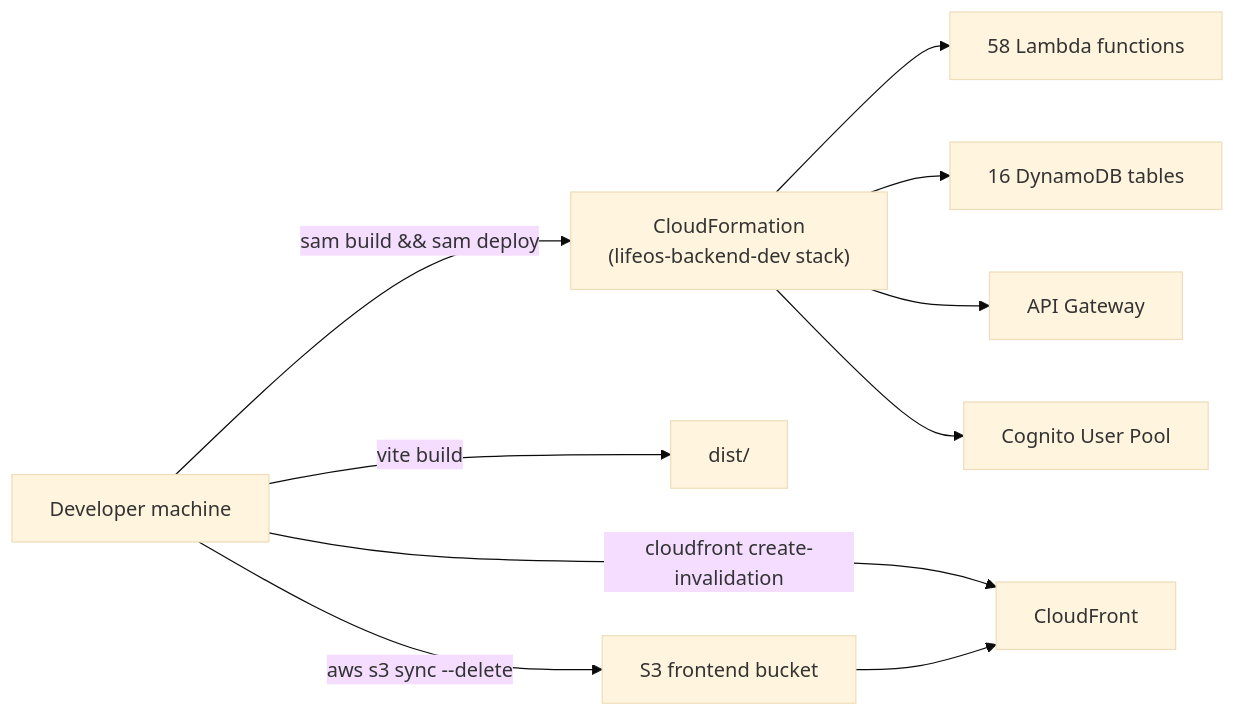
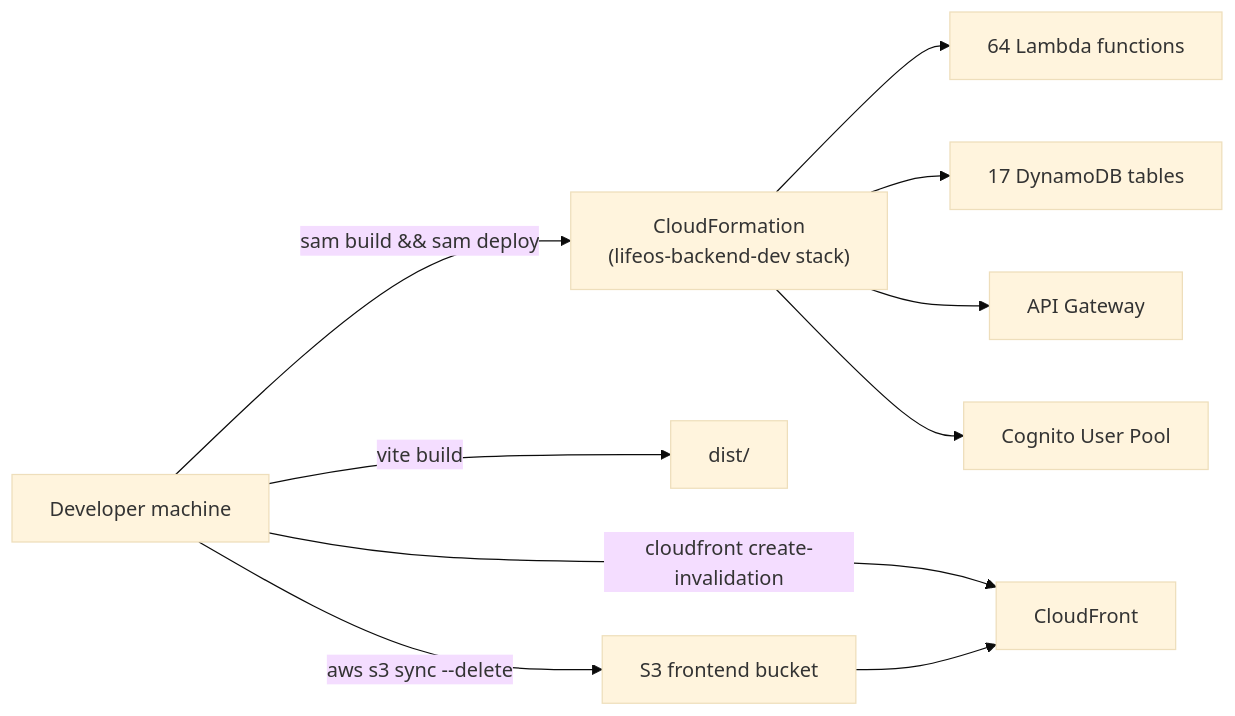
Before and after one commit to pragya0905/LifeOS: the third of 8 diagrams in docs/HLD_LLD.md, drawn with Mermaid (base theme). The commit also changed other lines of this file and 3 other files, not shown here.

````diff
--- a/docs/HLD_LLD.md
+++ b/docs/HLD_LLD.md
@@ -222,12 +223,12 @@
 ```mermaid
 flowchart LR
     DEV["Developer machine"] -- "sam build && sam deploy" --> CFN["CloudFormation<br/>(lifeos-backend-dev stack)"]
-    CFN --> LAMBDAS["58 Lambda functions"]
-    CFN --> TABLES["16 DynamoDB tables"]
+    CFN --> LAMBDAS["64 Lambda functions"]
+    CFN --> TABLES["17 DynamoDB tables"]
     CFN --> APIGW["API Gateway"]
     CFN --> POOL["Cognito User Pool"]
     DEV -- "vite build" --> DIST["dist/"]
     DEV -- "aws s3 sync --delete" --> BUCKET["S3 frontend bucket"]
     DEV -- "cloudfront create-invalidation" --> CDN["CloudFront"]
     BUCKET --> CDN
 ```
````
